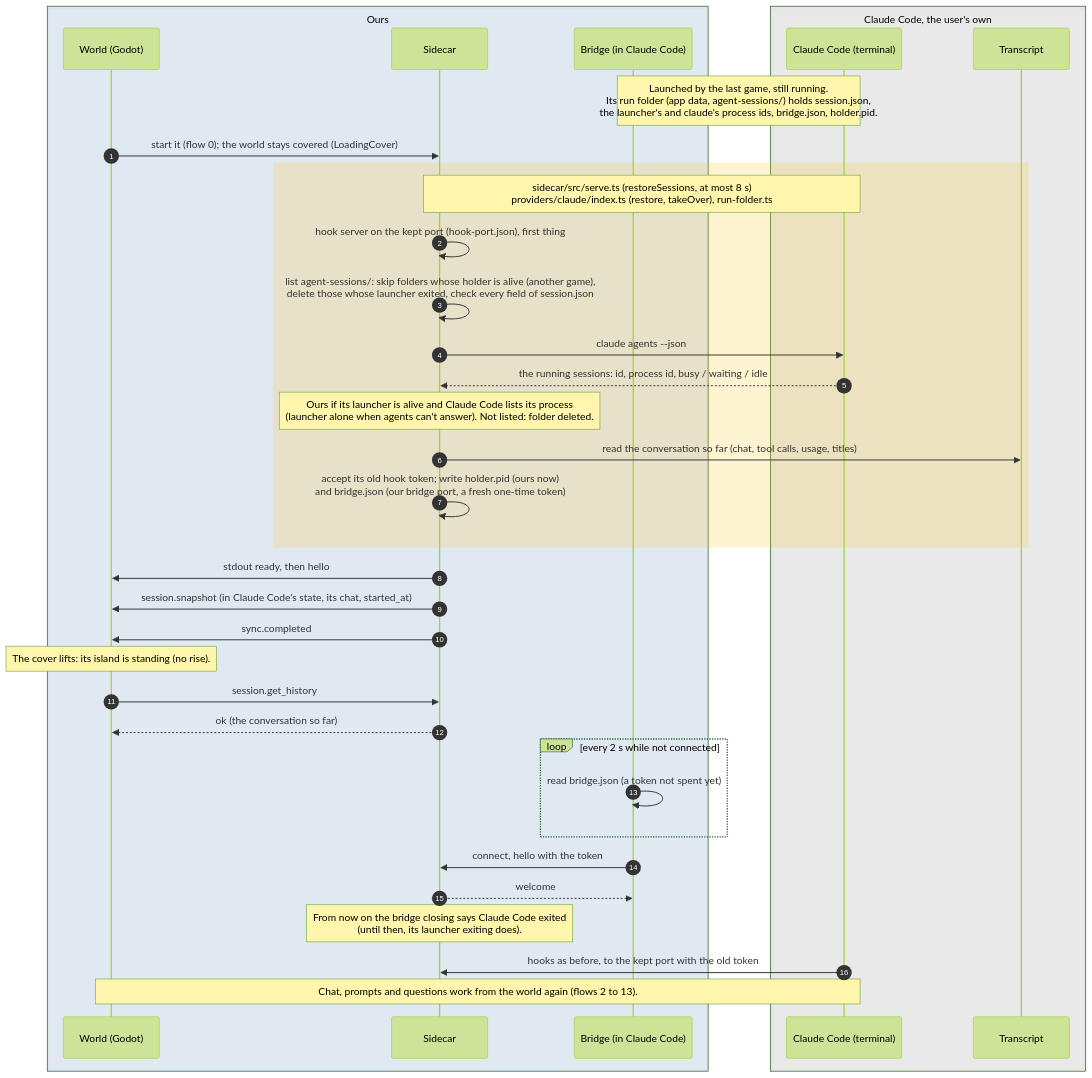
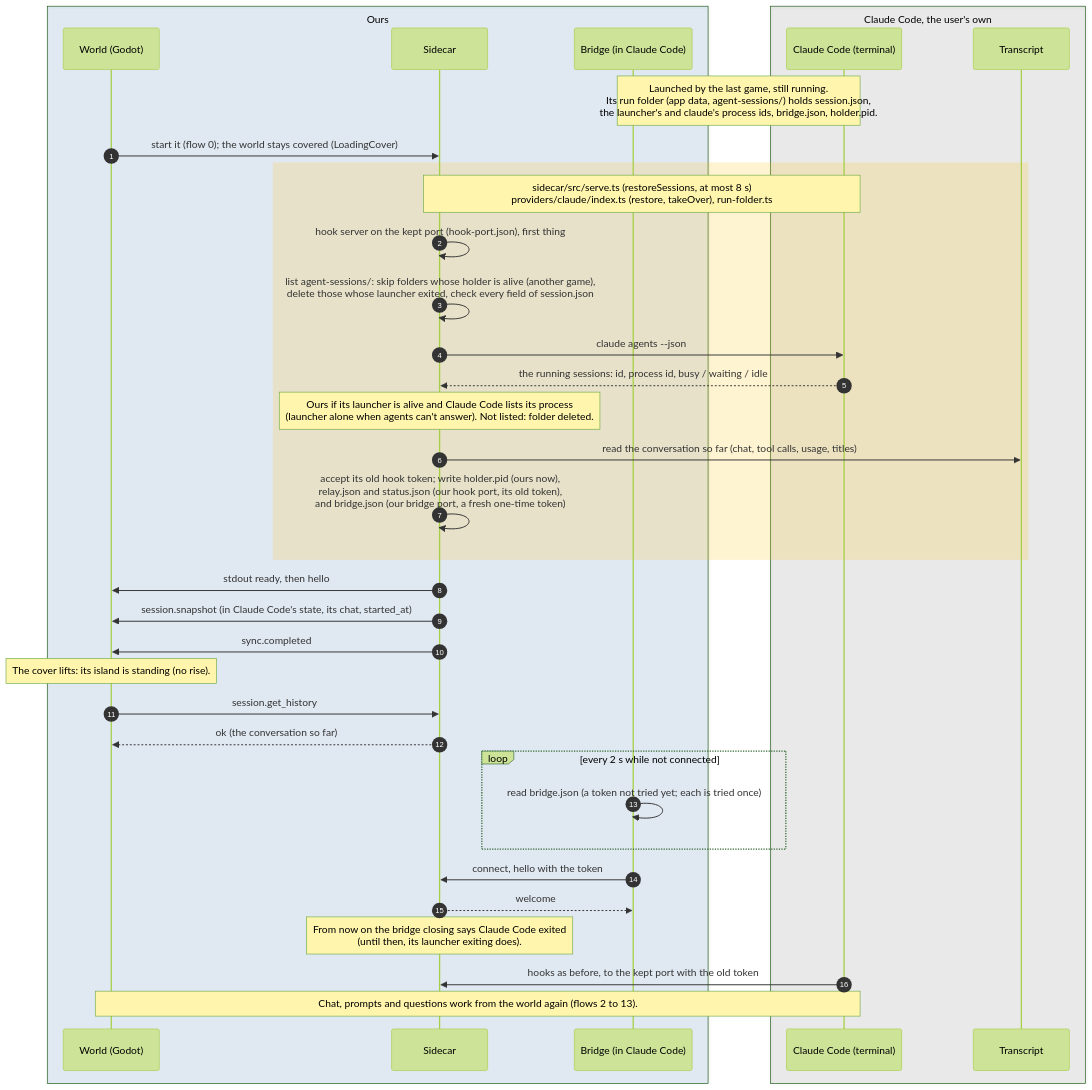
One commit to PaoloPortugal/The-Beach changed the diagram in docs/diagrams/sequence/14-reattach-after-restart.md. Above: the diagram before and after it, drawn with Mermaid (forest theme). The commit also changed other lines of this file and 5 other files, not shown here.

````diff
--- a/docs/diagrams/sequence/14-reattach-after-restart.md
+++ b/docs/diagrams/sequence/14-reattach-after-restart.md
@@ -7,42 +7,42 @@
 ```mermaid
 sequenceDiagram
     autonumber
 
     box rgba(47,111,191,0.12) Ours
         participant World as World (Godot)
         participant Sidecar
         participant Bridge as Bridge (in Claude Code)
     end
 
     box rgba(128,128,128,0.14) Claude Code, the user's own
         participant Claude as Claude Code (terminal)
         participant Log as Transcript
     end
 
     Note over Claude,Bridge: Launched by the last game, still running.<br/>Its run folder (app data, agent-sessions/) holds session.json,<br/>the launcher's and claude's process ids, bridge.json, holder.pid.
     World->>Sidecar: start it (flow 0)#59; the world stays covered (LoadingCover)
     rect rgba(255,193,7,0.18)
         Note over Sidecar,Claude: sidecar/src/serve.ts (restoreSessions, at most 8 s)<br/>providers/claude/index.ts (restore, takeOver), run-folder.ts
         Sidecar->>Sidecar: hook server on the kept port (hook-port.json), first thing
         Sidecar->>Sidecar: list agent-sessions/: skip folders whose holder is alive (another game),<br/>delete those whose launcher exited, check every field of session.json
         Sidecar->>Claude: claude agents --json
         Claude-->>Sidecar: the running sessions: id, process id, busy / waiting / idle
         Note over Sidecar: Ours if its launcher is alive and Claude Code lists its process<br/>(launcher alone when agents can't answer). Not listed: folder deleted.
         Sidecar->>Log: read the conversation so far (chat, tool calls, usage, titles)
-        Sidecar->>Sidecar: accept its old hook token#59; write holder.pid (ours now)<br/>and bridge.json (our bridge port, a fresh one-time token)
+        Sidecar->>Sidecar: accept its old hook token#59; write holder.pid (ours now),<br/>relay.json and status.json (our hook port, its old token),<br/>and bridge.json (our bridge port, a fresh one-time token)
     end
     Sidecar->>World: stdout ready, then hello
     Sidecar->>World: session.snapshot (in Claude Code's state, its chat, started_at)
     Sidecar->>World: sync.completed
     Note over World: The cover lifts: its island is standing (no rise).
     World->>Sidecar: session.get_history
     Sidecar-->>World: ok (the conversation so far)
     loop every 2 s while not connected
-        Bridge->>Bridge: read bridge.json (a token not spent yet)
+        Bridge->>Bridge: read bridge.json (a token not tried yet#59; each is tried once)
     end
     Bridge->>Sidecar: connect, hello with the token
     Sidecar-->>Bridge: welcome
     Note over Sidecar: From now on the bridge closing says Claude Code exited<br/>(until then, its launcher exiting does).
     Claude->>Sidecar: hooks as before, to the kept port with the old token
     Note over World,Claude: Chat, prompts and questions work from the world again (flows 2 to 13).
 ```
````
